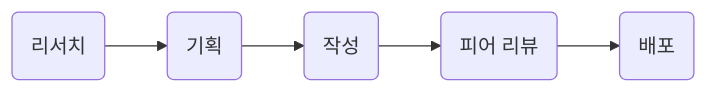
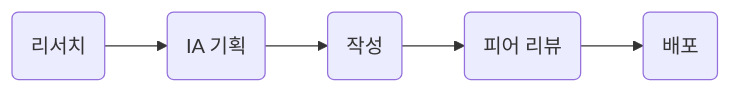
Before and after one commit to haeyoung-Lee/docs: the third of 5 diagrams in README.md, drawn with Mermaid. The commit also changed other lines of this file, not shown here.

````diff
--- a/README.md
+++ b/README.md
@@ -132,7 +132,7 @@
 ```mermaid
 graph LR
-A(리서치)-->B(기획)
-B(기획)-->C(작성)
+A(리서치)-->B(IA 기획)
+B(IA 기획)-->C(작성)
 C(작성)-->D(피어 리뷰)
 D(피어 리뷰)-->E(배포)
 ```
````
